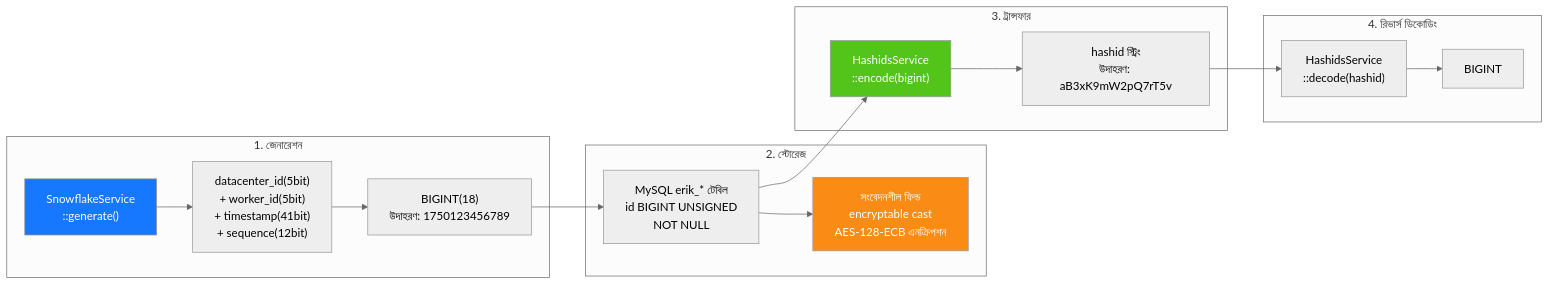
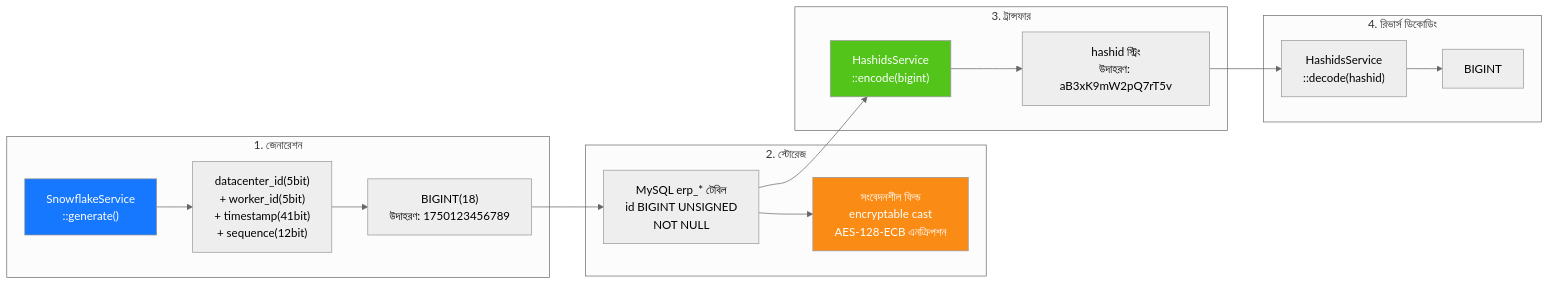
One commit to erikwang2013/erp-php changed the seventh of 20 diagrams in docs/i18n/bn/ARCHITECTURE.md. Above: the diagram before and after it, drawn with Mermaid (neutral theme). The commit also changed other lines of this file and 449 other files, not shown here.

First line of the commit message:
全局命名统一：数据库 erp、表前缀 erp_、Redis 前缀 erp:（原 erik_/open_admin）

````diff
--- a/docs/i18n/bn/ARCHITECTURE.md
+++ b/docs/i18n/bn/ARCHITECTURE.md
@@ -373,33 +373,33 @@
 ```mermaid
 flowchart LR
     subgraph "1. জেনারেশন"
         G1["SnowflakeService<br/>::generate()"]
         G2["datacenter_id(5bit)<br/>+ worker_id(5bit)<br/>+ timestamp(41bit)<br/>+ sequence(12bit)"]
         G3["BIGINT(18)<br/>উদাহরণ: 1750123456789"]
         G1 --> G2 --> G3
     end
 
     subgraph "2. স্টোরেজ"
-        S1["MySQL erik_* টেবিল<br/>id BIGINT UNSIGNED<br/>NOT NULL"]
+        S1["MySQL erp_* টেবিল<br/>id BIGINT UNSIGNED<br/>NOT NULL"]
         S2["সংবেদনশীল ফিল্ড<br/>encryptable cast<br/>AES-128-ECB এনক্রিপশন"]
         G3 --> S1
         S1 --> S2
     end
 
     subgraph "3. ট্রান্সফার"
         T1["HashidsService<br/>::encode(bigint)"]
         T2["hashid স্ট্রিং<br/>উদাহরণ: aB3xK9mW2pQ7rT5v"]
         S1 --> T1
         T1 --> T2
     end
 
     subgraph "4. রিভার্স ডিকোডিং"
         R1["HashidsService<br/>::decode(hashid)"]
         R2["BIGINT"]
         T2 --> R1 --> R2
     end
 
     style G1 fill:#1677FF,color:#fff
     style T1 fill:#52C41A,color:#fff
     style S2 fill:#FA8C16,color:#fff
 ```
````
